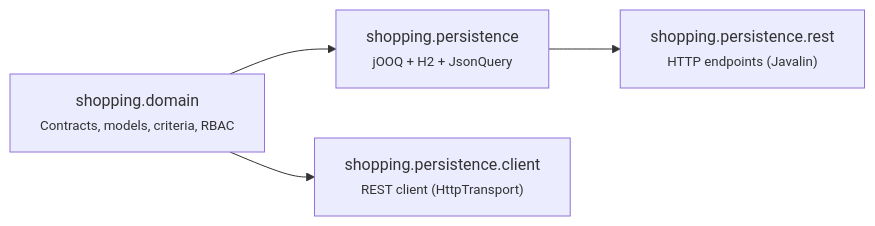
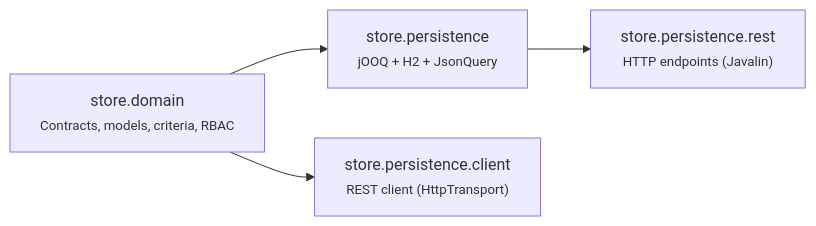
The second of 5 diagrams in docs/data-layer.md (mrcdom/wdc-cube-java-v2), drawn with Mermaid before and after one commit. The commit also changed other lines of this file and 1335 other files, not shown here.

First line of the commit message:
♻️ [REFACTOR] br.com.wdc.shopping becomes br.com.wdc.store

````diff
--- a/docs/data-layer.md
+++ b/docs/data-layer.md
@@ -64,11 +64,11 @@
 ```mermaid
 graph LR
-    domain["shopping.domain<br/><small>Contracts, models, criteria, RBAC</small>"]
-    persistence["shopping.persistence<br/><small>jOOQ + H2 + JsonQuery</small>"]
-    rest["shopping.persistence.rest<br/><small>HTTP endpoints (Javalin)</small>"]
-    client["shopping.persistence.client<br/><small>REST client (HttpTransport)</small>"]
+    domain["store.domain<br/><small>Contracts, models, criteria, RBAC</small>"]
+    persistence["store.persistence<br/><small>jOOQ + H2 + JsonQuery</small>"]
+    rest["store.persistence.rest<br/><small>HTTP endpoints (Javalin)</small>"]
+    client["store.persistence.client<br/><small>REST client (HttpTransport)</small>"]
 
     domain --> persistence
     domain --> client
     persistence --> rest
 ```
````
